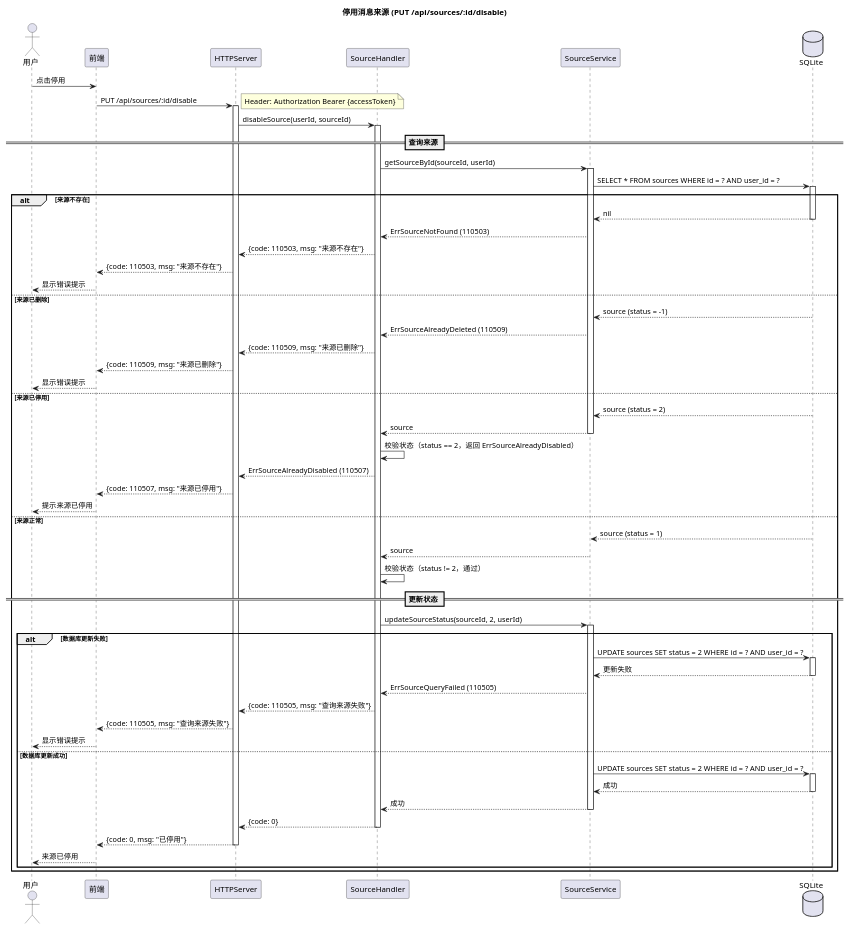
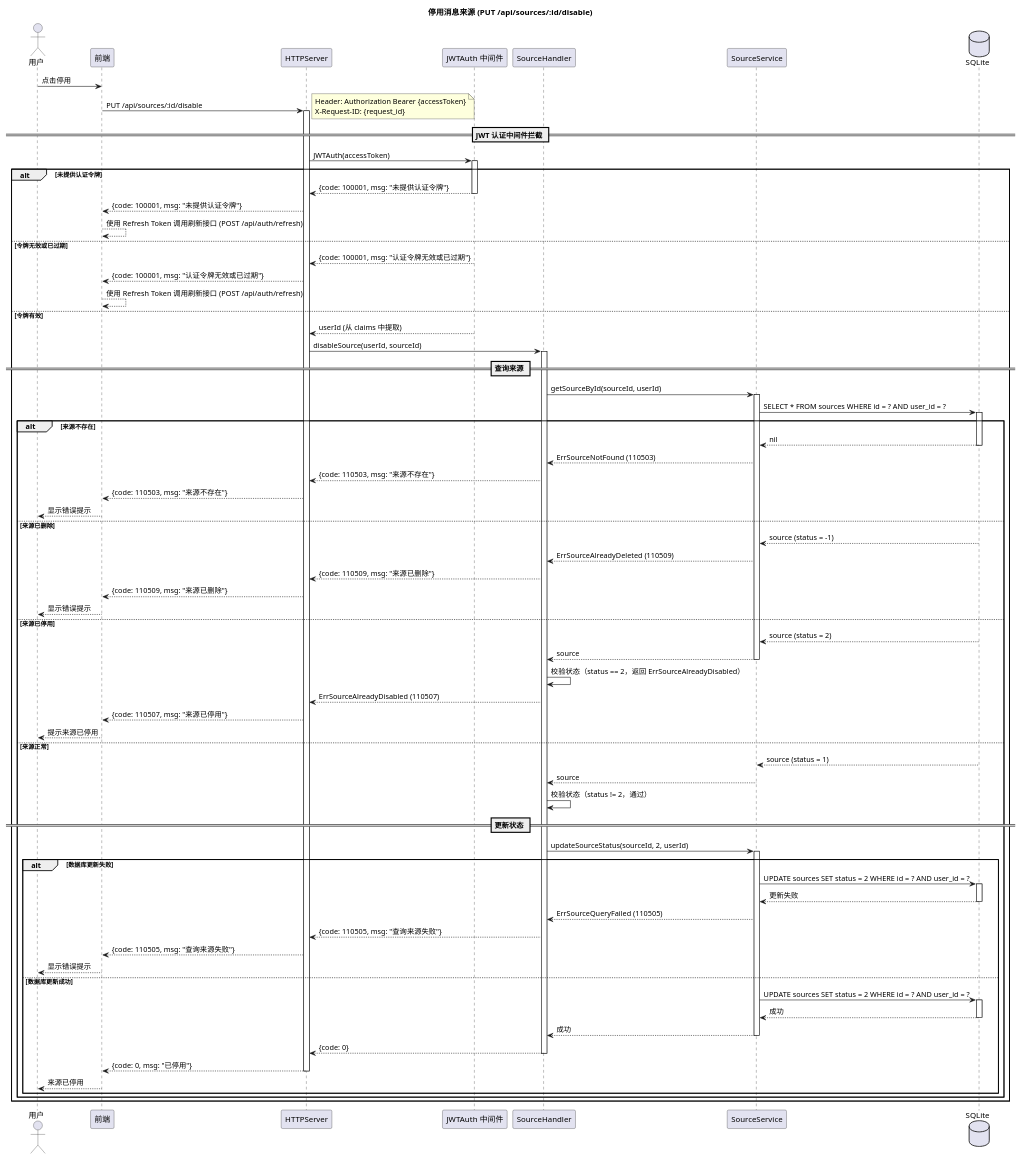
One commit to loommii/OctoTify changed the diagram in docs/uml/02-sequence/02-07-disable-source.puml. Above: the diagram before and after it, drawn with PlantUML. The commit also changed 20 other files, not shown here.

First line of the commit message:
📝 docs(uml): 为消息模块时序图添加 JWT 认证流程

```diff
--- a/docs/uml/02-sequence/02-07-disable-source.puml
+++ b/docs/uml/02-sequence/02-07-disable-source.puml
@@ -1,88 +1,109 @@
 @startuml OctoTify_Sequence_DisableSource
 
 skinparam sequenceStyle svg
 skinparam linetype ortho
 
 title 停用消息来源 (PUT /api/sources/:id/disable)
 
 actor "用户" as User
 participant "前端" as Frontend
 participant "HTTPServer" as Server
+participant "JWTAuth 中间件" as JWT
 participant "SourceHandler" as Handler
 participant "SourceService" as Service
 database "SQLite" as DB
 
 User -> Frontend: 点击停用
 Frontend -> Server: PUT /api/sources/:id/disable
-note right: Header: Authorization Bearer {accessToken}
+note right: Header: Authorization Bearer {accessToken}\nX-Request-ID: {request_id}
 activate Server
-Server -> Handler: disableSource(userId, sourceId)
-activate Handler
 
-== 查询来源 ==
+== JWT 认证中间件拦截 ==
 
-Handler -> Service: getSourceById(sourceId, userId)
-activate Service
-Service -> DB: SELECT * FROM sources WHERE id = ? AND user_id = ?
-activate DB
+Server -> JWT: JWTAuth(accessToken)
+activate JWT
 
-alt 来源不存在
-    DB --> Service: nil
-    deactivate DB
-    Service --> Handler: ErrSourceNotFound (110503)
-    Handler --> Server: {code: 110503, msg: "来源不存在"}
-    Server --> Frontend: {code: 110503, msg: "来源不存在"}
-    Frontend --> User: 显示错误提示
-else 来源已删除
-    DB --> Service: source (status = -1)
-    deactivate DB
-    Service --> Handler: ErrSourceAlreadyDeleted (110509)
-    Handler --> Server: {code: 110509, msg: "来源已删除"}
-    Server --> Frontend: {code: 110509, msg: "来源已删除"}
-    Frontend --> User: 显示错误提示
-else 来源已停用
-    DB --> Service: source (status = 2)
-    deactivate DB
-    Service --> Handler: source
-    deactivate Service
-    Handler -> Handler: 校验状态（status == 2，返回 ErrSourceAlreadyDisabled）
-    Handler --> Server: ErrSourceAlreadyDisabled (110507)
-    Server --> Frontend: {code: 110507, msg: "来源已停用"}
-    Frontend --> User: 提示来源已停用
-else 来源正常
-    DB --> Service: source (status = 1)
-    deactivate DB
-    Service --> Handler: source
-    deactivate Service
-    Handler -> Handler: 校验状态（status != 2，通过）
+alt 未提供认证令牌
+    JWT --> Server: {code: 100001, msg: "未提供认证令牌"}
+    deactivate JWT
+    Server --> Frontend: {code: 100001, msg: "未提供认证令牌"}
+    Frontend --> Frontend: 使用 Refresh Token 调用刷新接口 (POST /api/auth/refresh)
+else 令牌无效或已过期
+    JWT --> Server: {code: 100001, msg: "认证令牌无效或已过期"}
+    deactivate JWT
+    Server --> Frontend: {code: 100001, msg: "认证令牌无效或已过期"}
+    Frontend --> Frontend: 使用 Refresh Token 调用刷新接口 (POST /api/auth/refresh)
+else 令牌有效
+    JWT --> Server: userId (从 claims 中提取)
+    deactivate JWT
+    Server -> Handler: disableSource(userId, sourceId)
+    activate Handler
 
-    == 更新状态 ==
+    == 查询来源 ==
 
-    Handler -> Service: updateSourceStatus(sourceId, 2, userId)
+    Handler -> Service: getSourceById(sourceId, userId)
     activate Service
+    Service -> DB: SELECT * FROM sources WHERE id = ? AND user_id = ?
+    activate DB
 
-    alt 数据库更新失败
-        Service -> DB: UPDATE sources SET status = 2 WHERE id = ? AND user_id = ?
-        activate DB
-        DB --> Service: 更新失败
+    alt 来源不存在
+        DB --> Service: nil
         deactivate DB
-        Service --> Handler: ErrSourceQueryFailed (110505)
-        Handler --> Server: {code: 110505, msg: "查询来源失败"}
-        Server --> Frontend: {code: 110505, msg: "查询来源失败"}
+        Service --> Handler: ErrSourceNotFound (110503)
+        Handler --> Server: {code: 110503, msg: "来源不存在"}
+        Server --> Frontend: {code: 110503, msg: "来源不存在"}
         Frontend --> User: 显示错误提示
-    else 数据库更新成功
-        Service -> DB: UPDATE sources SET status = 2 WHERE id = ? AND user_id = ?
-        activate DB
-        DB --> Service: 成功
+    else 来源已删除
+        DB --> Service: source (status = -1)
         deactivate DB
-        Service --> Handler: 成功
+        Service --> Handler: ErrSourceAlreadyDeleted (110509)
+        Handler --> Server: {code: 110509, msg: "来源已删除"}
+        Server --> Frontend: {code: 110509, msg: "来源已删除"}
+        Frontend --> User: 显示错误提示
+    else 来源已停用
+        DB --> Service: source (status = 2)
+        deactivate DB
+        Service --> Handler: source
         deactivate Service
-        Handler --> Server: {code: 0}
-        deactivate Handler
-        Server --> Frontend: {code: 0, msg: "已停用"}
-        deactivate Server
-        Frontend --> User: 来源已停用
+        Handler -> Handler: 校验状态（status == 2，返回 ErrSourceAlreadyDisabled）
+        Handler --> Server: ErrSourceAlreadyDisabled (110507)
+        Server --> Frontend: {code: 110507, msg: "来源已停用"}
+        Frontend --> User: 提示来源已停用
+    else 来源正常
+        DB --> Service: source (status = 1)
+        deactivate DB
+        Service --> Handler: source
+        deactivate Service
+        Handler -> Handler: 校验状态（status != 2，通过）
+
+        == 更新状态 ==
+
+        Handler -> Service: updateSourceStatus(sourceId, 2, userId)
+        activate Service
+
+        alt 数据库更新失败
+            Service -> DB: UPDATE sources SET status = 2 WHERE id = ? AND user_id = ?
+            activate DB
+            DB --> Service: 更新失败
+            deactivate DB
+            Service --> Handler: ErrSourceQueryFailed (110505)
+            Handler --> Server: {code: 110505, msg: "查询来源失败"}
+            Server --> Frontend: {code: 110505, msg: "查询来源失败"}
+            Frontend --> User: 显示错误提示
+        else 数据库更新成功
+            Service -> DB: UPDATE sources SET status = 2 WHERE id = ? AND user_id = ?
+            activate DB
+            DB --> Service: 成功
+            deactivate DB
+            Service --> Handler: 成功
+            deactivate Service
+            Handler --> Server: {code: 0}
+            deactivate Handler
+            Server --> Frontend: {code: 0, msg: "已停用"}
+            deactivate Server
+            Frontend --> User: 来源已停用
+        end
     end
 end
 
 @enduml
```
